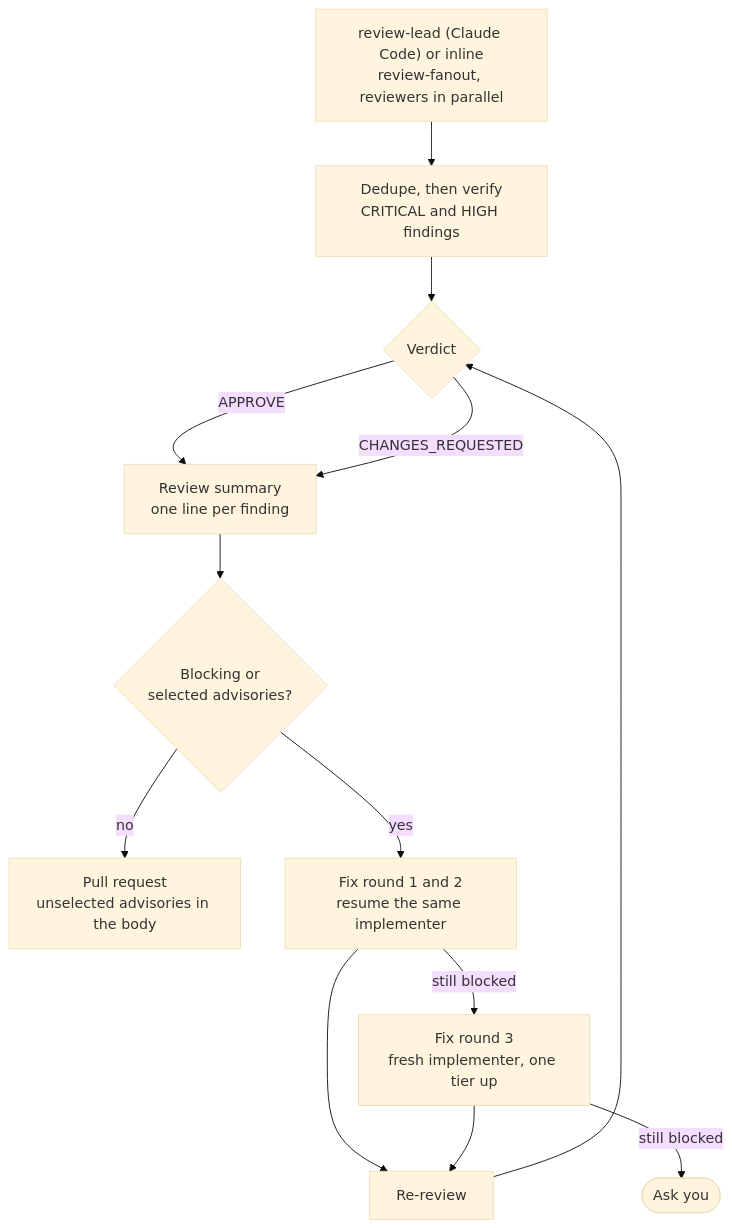
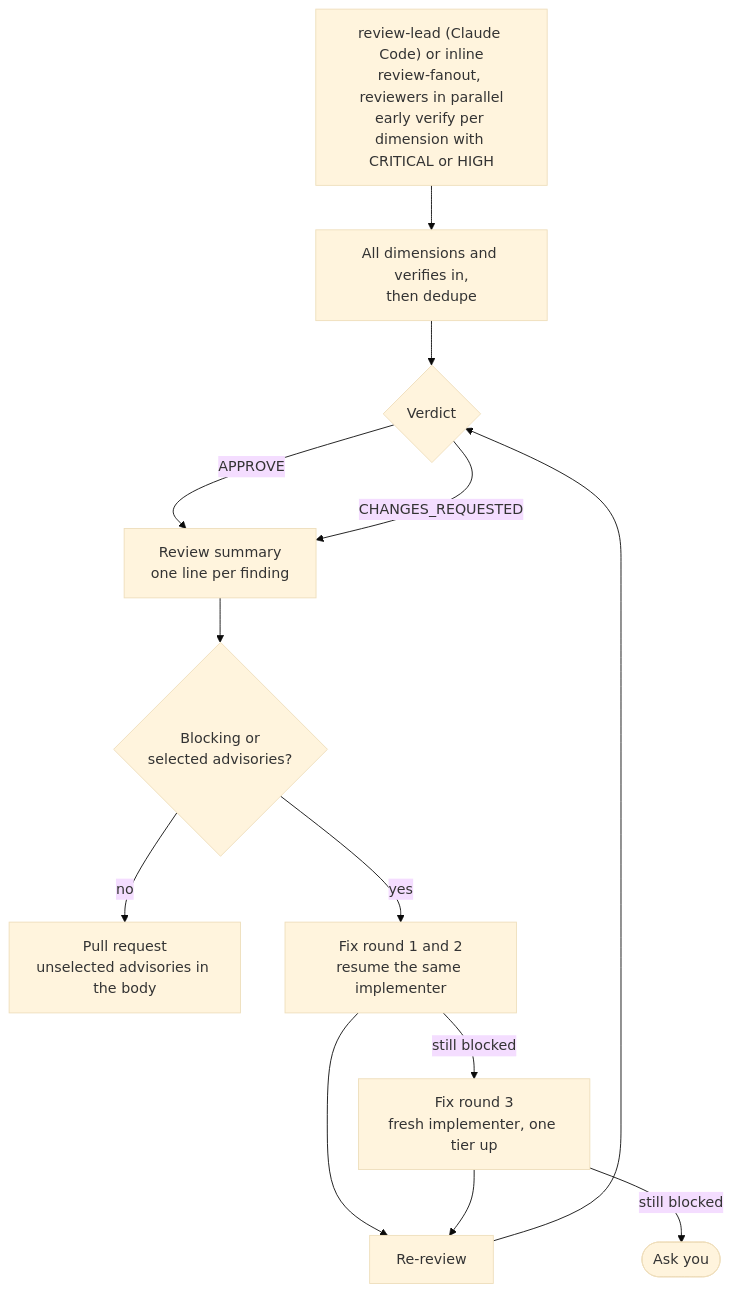
The sixth of 11 diagrams in docs/orchestrator.md (GravionLabs/apm-hub), drawn with Mermaid (base theme) before and after one commit. The commit also changed other lines of this file and 3 other files, not shown here.

Commit message:
feat(review-fanout): start verify as soon as a dimension reports CRITICAL or HIGH (#452)

````diff
--- a/docs/orchestrator.md
+++ b/docs/orchestrator.md
@@ -172,15 +172,15 @@
 ```mermaid
 flowchart TD
-    A["review-lead (Claude Code) or inline<br/>review-fanout, reviewers in parallel"] --> B["Dedupe, then verify<br/>CRITICAL and HIGH findings"]
+    A["review-lead (Claude Code) or inline<br/>review-fanout, reviewers in parallel<br/>early verify per dimension with CRITICAL or HIGH"] --> B["All dimensions and verifies in,<br/>then dedupe"]
     B --> C{"Verdict"}
     C -->|"APPROVE"| D["Review summary<br/>one line per finding"]
     C -->|"CHANGES_REQUESTED"| D
     D --> E{"Blocking or<br/>selected advisories?"}
     E -->|"no"| PR["Pull request<br/>unselected advisories in the body"]
     E -->|"yes"| F["Fix round 1 and 2<br/>resume the same implementer"]
     F --> G["Re-review"]
     G --> C
     F -->|"still blocked"| H["Fix round 3<br/>fresh implementer, one tier up"]
     H --> G
     H -->|"still blocked"| Q(["Ask you"])
 ```
````
